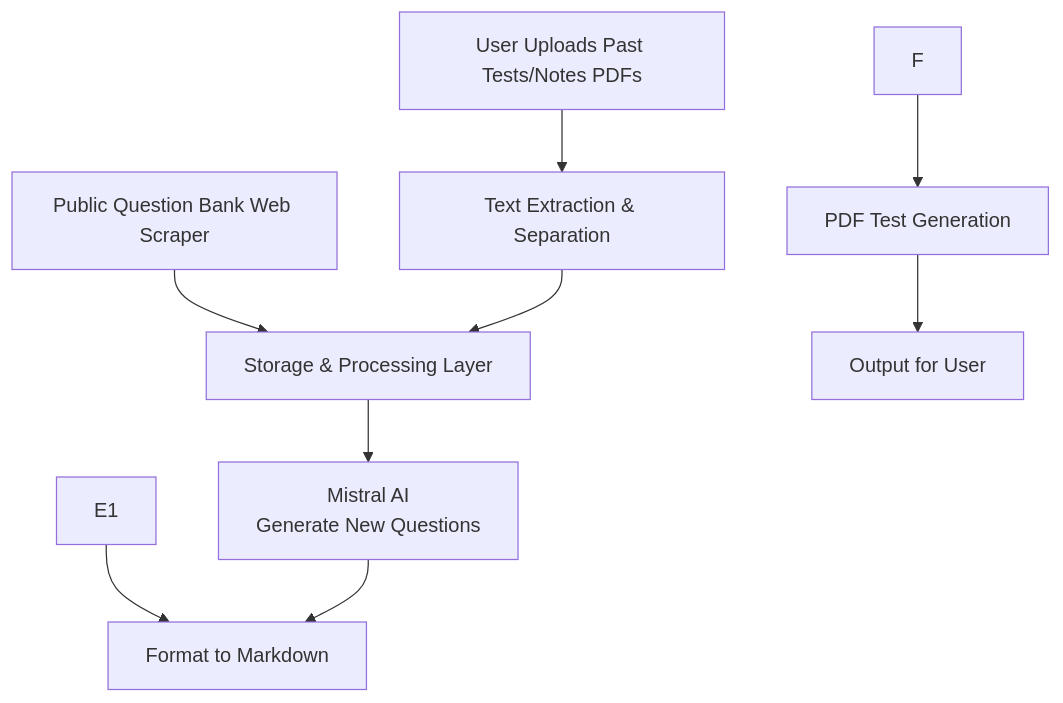
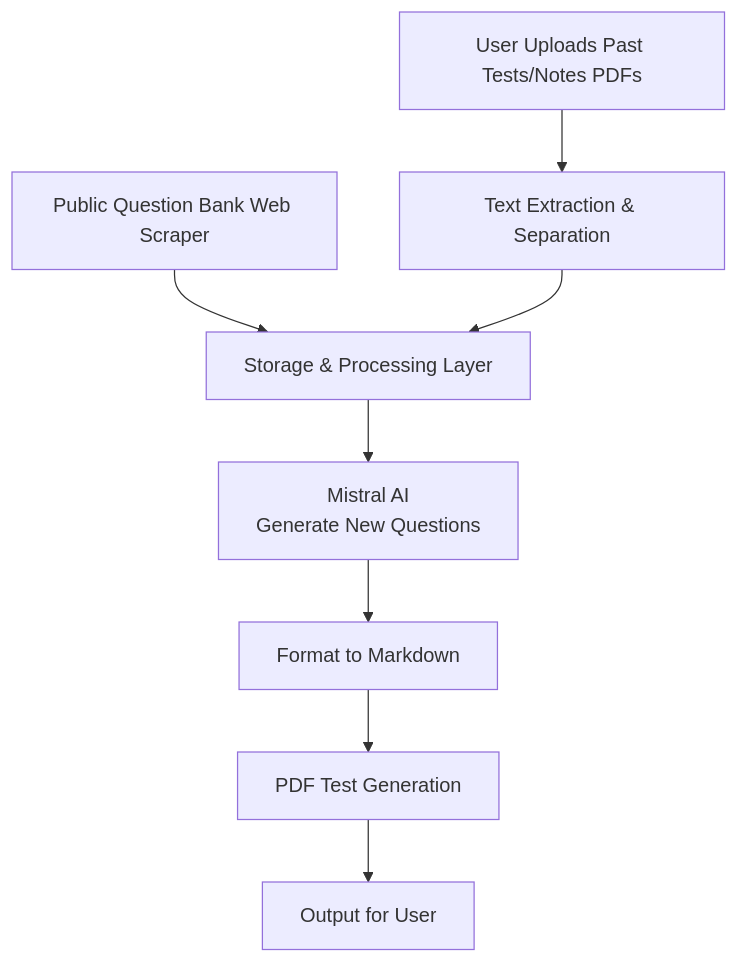
One commit to NadimMussaDaud/MistralAIExamsGenerationApp changed the diagram in README.md. Above: the diagram before and after it, drawn with Mermaid.

Commit message:
Fix diagram formatting in README.md

````diff
--- a/README.md
+++ b/README.md
@@ -17,14 +17,14 @@
 ```mermaid
 flowchart TD
     A[User Uploads Past Tests/Notes PDFs] --> B[Text Extraction & Separation]
     C[Public Question Bank Web Scraper] --> D[Storage & Processing Layer]
     B --> D
 
     D --> E2[Mistral AI<br>Generate New Questions]
-    E1 --> E3[Format to Markdown]
+    E3[Format to Markdown]
 
     E2 --> E3
  
-    F --> G[PDF Test Generation]
+    E3 --> G[PDF Test Generation]
     G --> H[Output for User]
 ```
````
